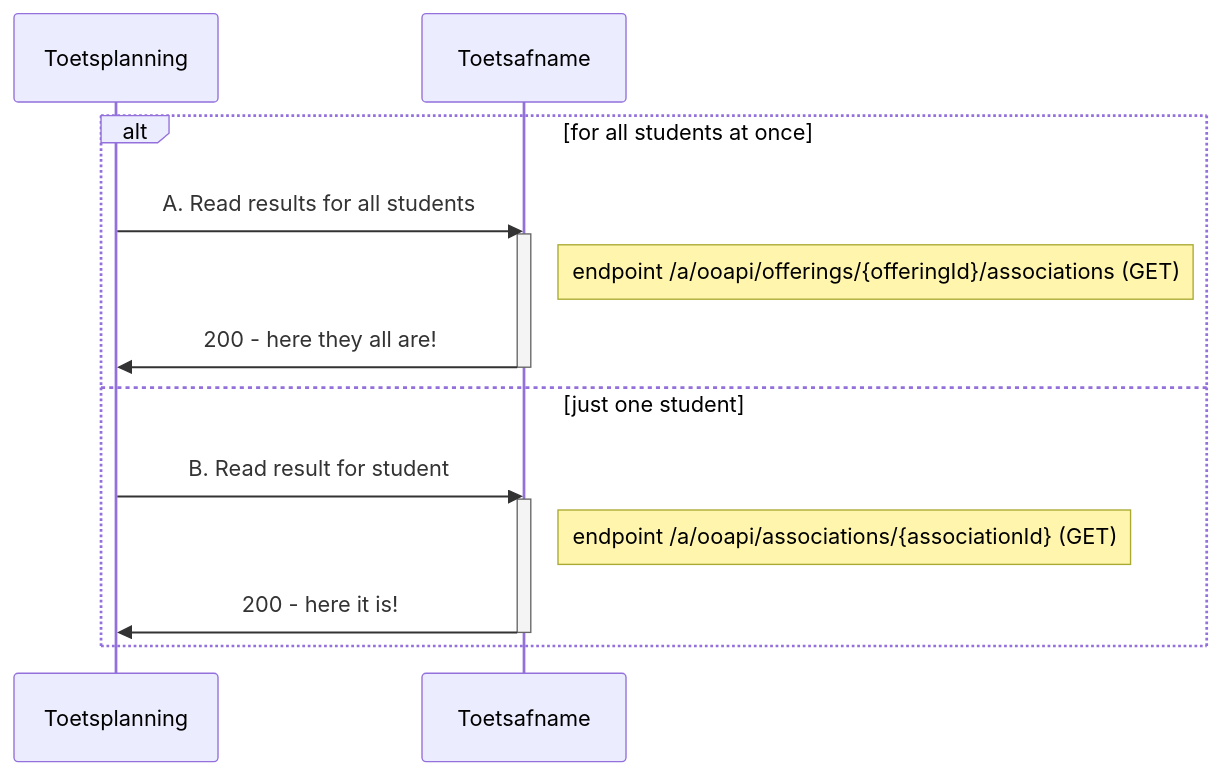
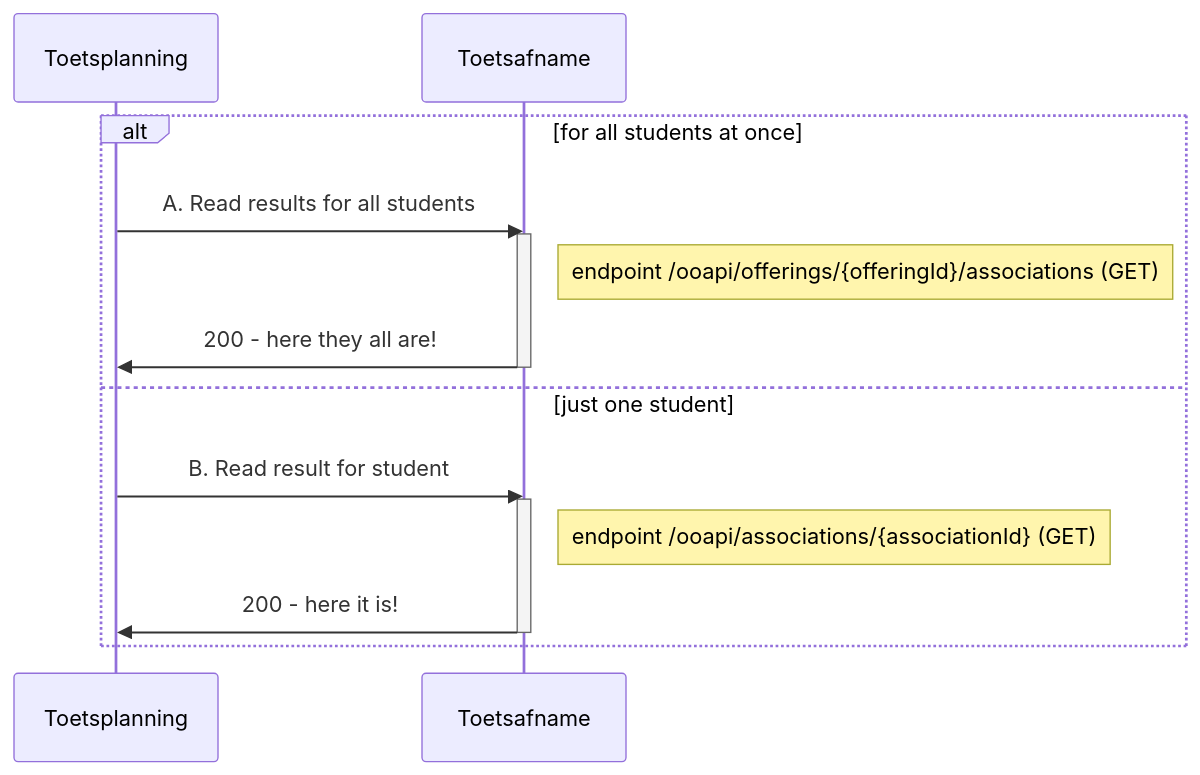
One commit to NetwerkExamineringDigitalisering/NED-OOAPI changed the sixth of 6 diagrams in doc/flow3.md. Above: the diagram before and after it, drawn with Mermaid. The commit also changed other lines of this file and 4 other files, not shown here.

````diff
--- a/doc/flow3.md
+++ b/doc/flow3.md
@@ -225,16 +225,16 @@
 ```mermaid
 sequenceDiagram
     alt for all students at once
         Toetsplanning->>Toetsafname: A. Read results for all students
         activate Toetsafname
-        Note right of Toetsafname: endpoint /a/ooapi/offerings/{offeringId}/associations (GET)
+        Note right of Toetsafname: endpoint /ooapi/offerings/{offeringId}/associations (GET)
         Toetsafname->>Toetsplanning: 200 - here they all are!
         deactivate Toetsafname
     else just one student
         Toetsplanning->>Toetsafname: B. Read result for student
         activate Toetsafname
-        Note right of Toetsafname: endpoint /a/ooapi/associations/{associationId} (GET)
+        Note right of Toetsafname: endpoint /ooapi/associations/{associationId} (GET)
         Toetsafname->>Toetsplanning: 200 - here it is!
         deactivate Toetsafname
     end
 ```
````
